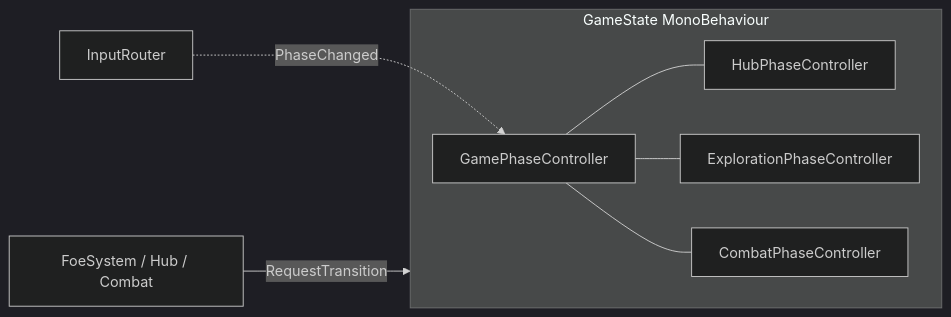
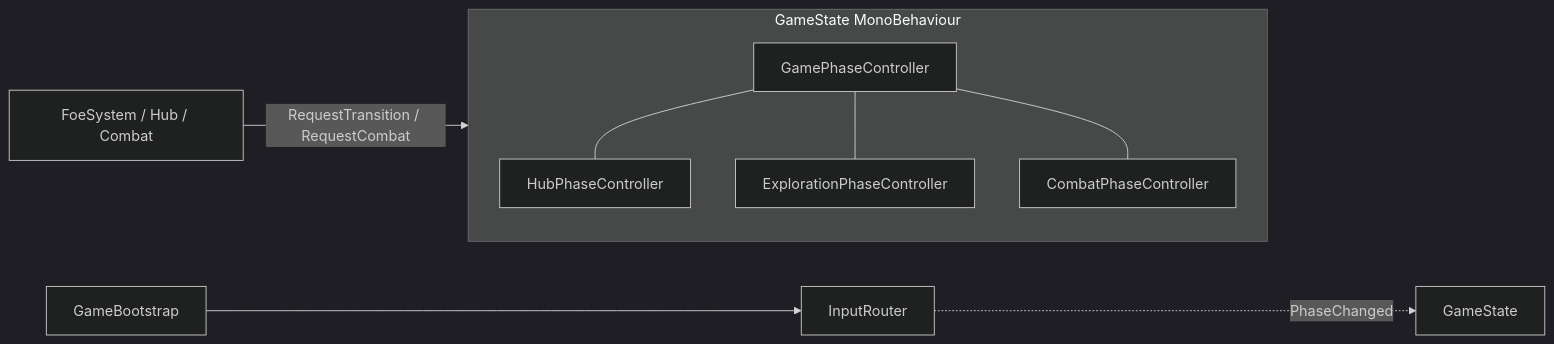
The second of 6 diagrams in docs/02-systems/game-phase.md (miramocha/griddungeon-design-docs), drawn with Mermaid (dark theme) before and after one commit. The commit also changed other lines of this file, not shown here.

First line of the commit message:
Docs: align game-phase.md with griddungeon-game implementation.

````diff
--- a/docs/02-systems/game-phase.md
+++ b/docs/02-systems/game-phase.md
@@ -80,12 +84,13 @@
 ```mermaid
 flowchart LR
   subgraph root [GameState MonoBehaviour]
     GPC[GamePhaseController]
     HP[HubPhaseController]
     EP[ExplorationPhaseController]
     CP[CombatPhaseController]
     GPC --- HP & EP & CP
   end
-  IR[InputRouter] -.->|PhaseChanged| GPC
-  Caller[FoeSystem / Hub / Combat] -->|RequestTransition| root
+  GB[GameBootstrap] --> IR[InputRouter]
+  IR -.->|PhaseChanged| GS[GameState]
+  Caller[FoeSystem / Hub / Combat] -->|RequestTransition / RequestCombat| root
 ```
````
